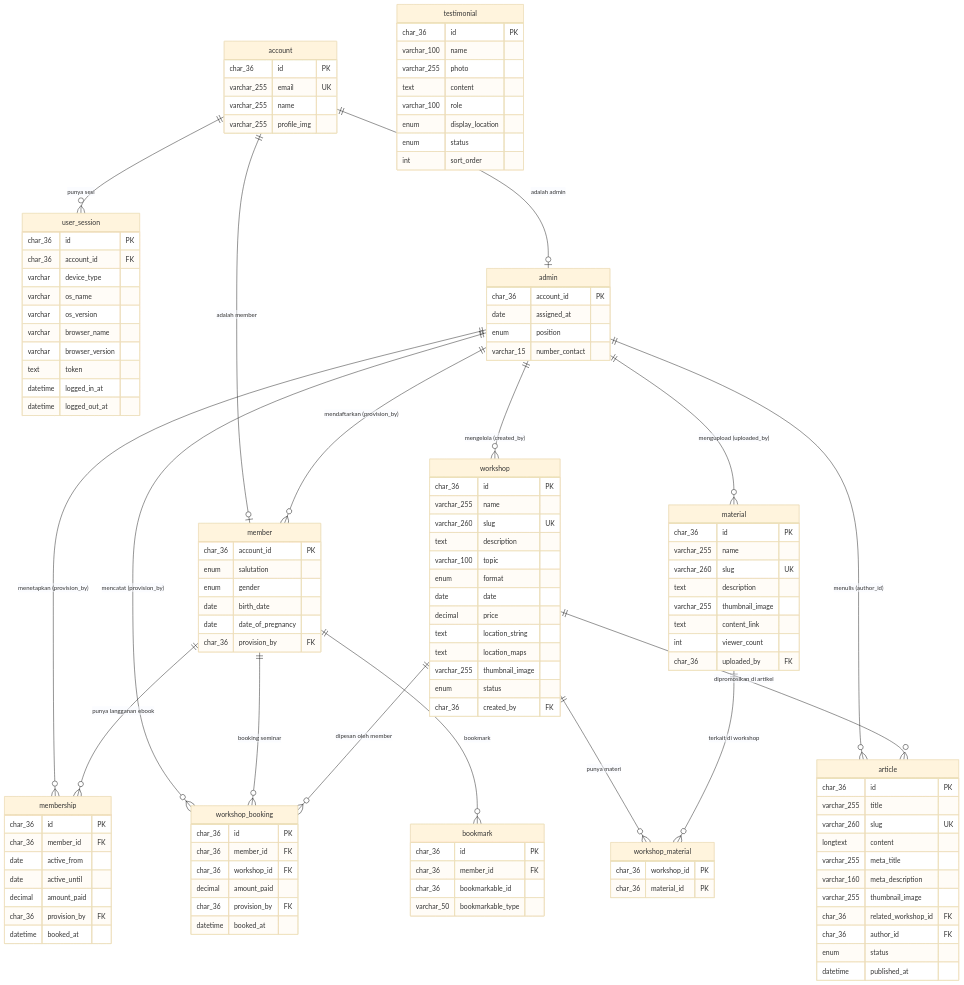
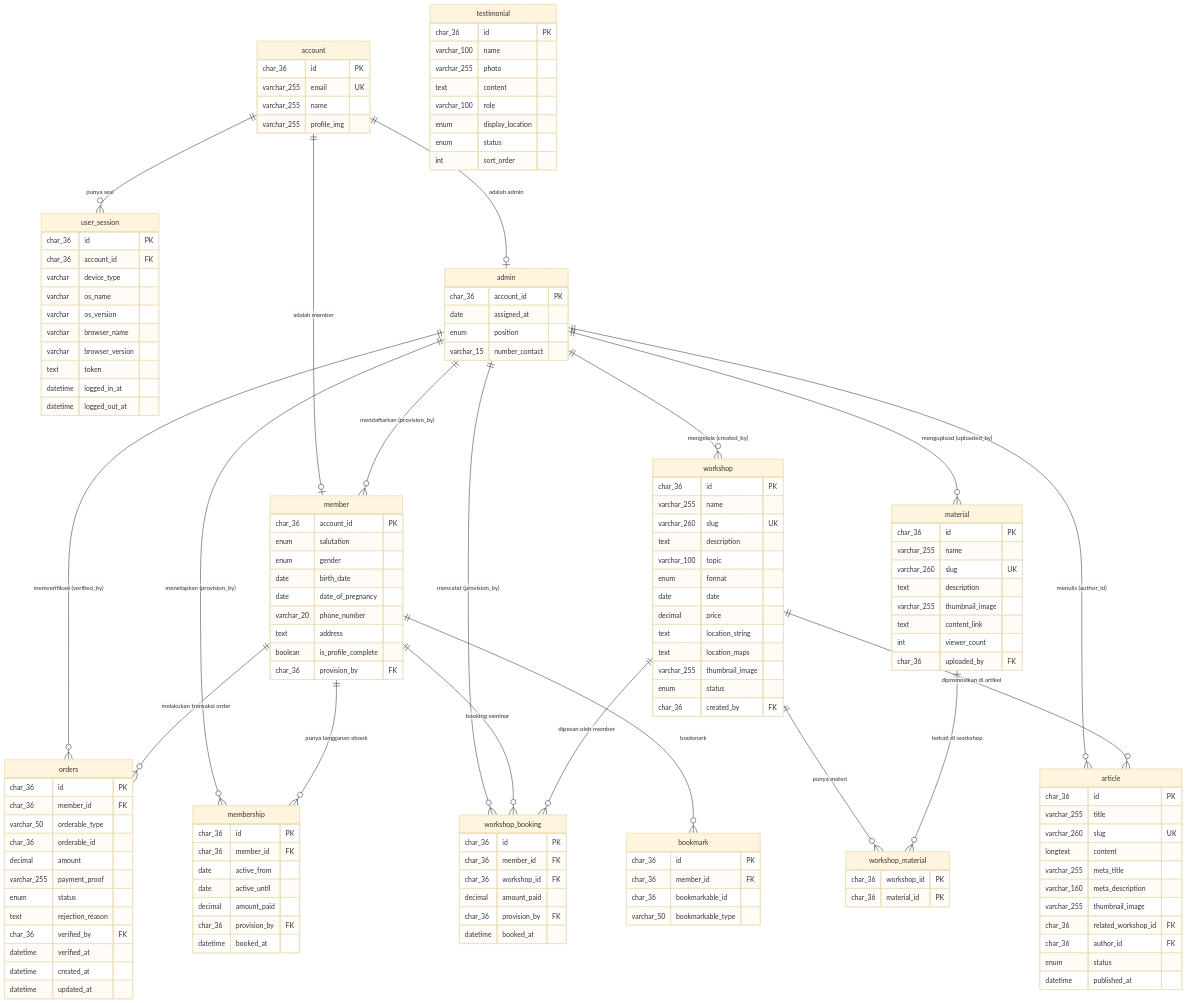
One commit to AyuSaniatusSholihah/Maternity.id changed the diagram in docs/erd.md. Above: the diagram before and after it, drawn with Mermaid (base theme). The commit also changed other lines of this file and 7 other files, not shown here.

```diff
--- a/docs/erd.md
+++ b/docs/erd.md
@@ -36,6 +36,9 @@
         enum gender
         date birth_date
         date date_of_pregnancy
+        varchar_20 phone_number
+        text address
+        boolean is_profile_complete
         char_36 provision_by FK
     }
 
@@ -112,7 +115,22 @@
         varchar_50 bookmarkable_type
     }
 
-    %% ── OPERATIONAL ───────────────────────────────────
+    %% ── OPERATIONAL & ORDER SECTION ──────────────────
+
+    orders {
+        char_36 id PK
+        char_36 member_id FK
+        varchar_50 orderable_type
+        char_36 orderable_id
+        decimal amount
+        varchar_255 payment_proof
+        enum status
+        text rejection_reason
+        char_36 verified_by FK
+        datetime verified_at
+        datetime created_at
+        datetime updated_at
+    }
 
     membership {
         char_36 id PK
@@ -142,9 +160,11 @@
     admin ||--o{ member : "mendaftarkan (provision_by)"
     admin ||--o{ membership : "menetapkan (provision_by)"
     admin ||--o{ workshop_booking : "mencatat (provision_by)"
+    admin ||--o{ orders : "memverifikasi (verified_by)"
     admin ||--o{ workshop : "mengelola (created_by)"
     admin ||--o{ article : "menulis (author_id)"
 
+    member ||--o{ orders : "melakukan transaksi order"
     member ||--o{ membership : "punya langganan ebook"
     member ||--o{ workshop_booking : "booking seminar"
     member ||--o{ bookmark : "bookmark"
```
